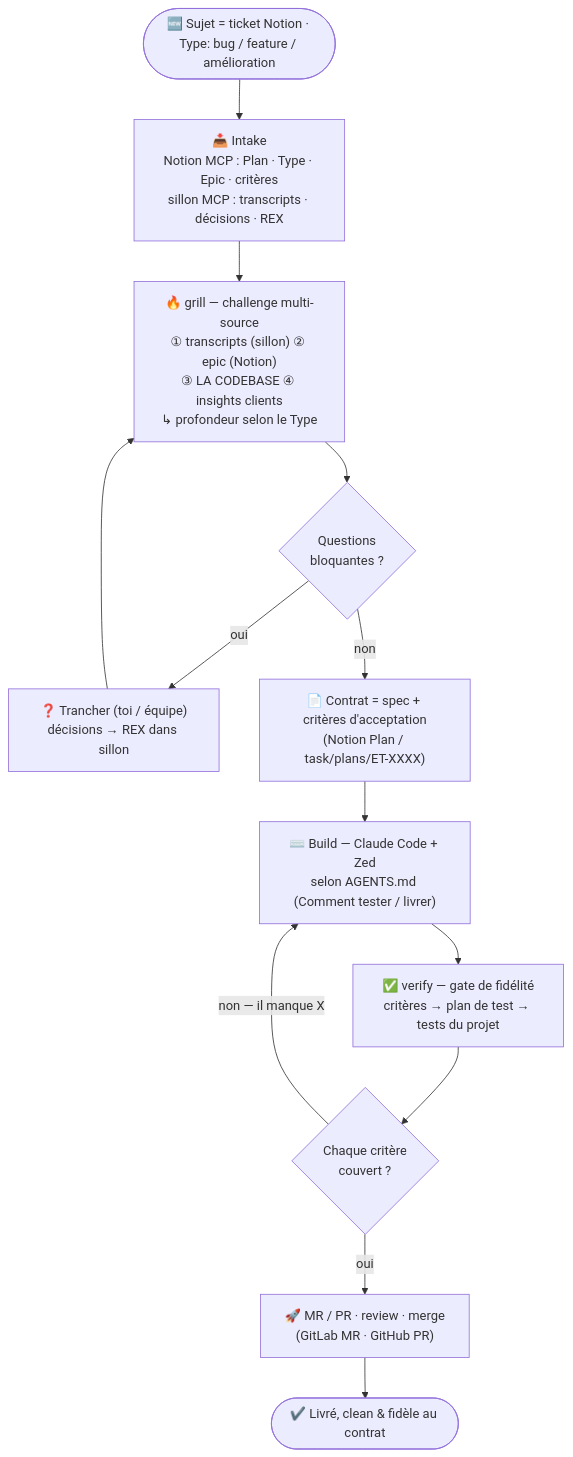
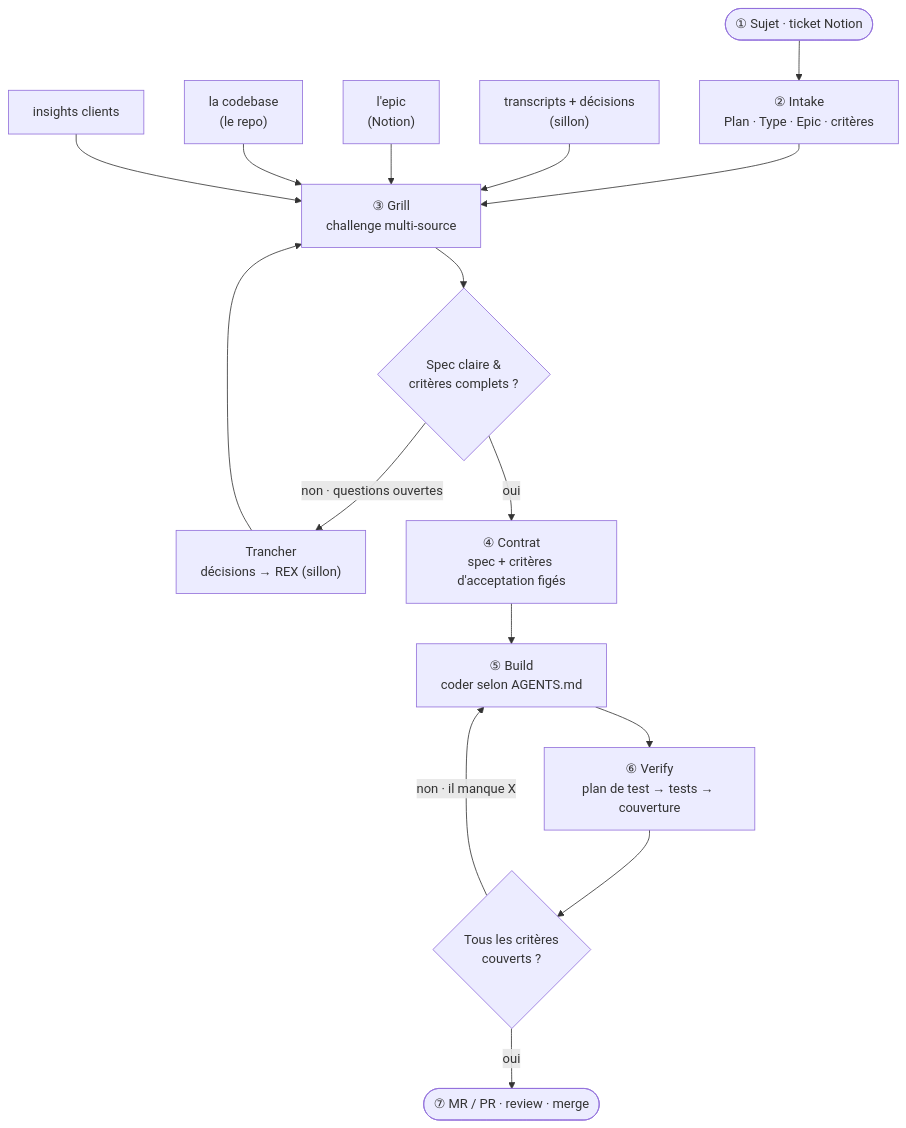
Before and after one commit to Skayfa/dotfiles: the diagram in WORKFLOW.md, drawn with Mermaid. The commit also changed other lines of this file, not shown here.

Commit message:
WORKFLOW.md: clearer & more precise (numbered steps, explicit 4 grill sources, per-step tool/IO table)

````diff
--- a/WORKFLOW.md
+++ b/WORKFLOW.md
@@ -6,19 +5,21 @@
 ```mermaid
 flowchart TD
-    T(["🆕 Sujet = ticket Notion · Type: bug / feature / amélioration"]) --> INTAKE
+    A(["① Sujet · ticket Notion"]) --> B["② Intake<br/>Plan · Type · Epic · critères"]
+    B --> C["③ Grill<br/>challenge multi-source"]
 
-    INTAKE["📥 Intake<br/>Notion MCP : Plan · Type · Epic · critères<br/>sillon MCP : transcripts · décisions · REX"] --> GRILL
+    S1["transcripts + décisions<br/>(sillon)"] --> C
+    S2["l'epic<br/>(Notion)"] --> C
+    S3["la codebase<br/>(le repo)"] --> C
+    S4["insights clients"] --> C
 
-    GRILL["🔥 grill — challenge multi-source<br/>① transcripts (sillon) ② epic (Notion)<br/>③ LA CODEBASE ④ insights clients<br/>↳ profondeur selon le Type"] --> Q{"Questions<br/>bloquantes ?"}
+    C --> D{"Spec claire &amp;<br/>critères complets ?"}
+    D -->|"non · questions ouvertes"| E["Trancher<br/>décisions → REX (sillon)"]
+    E --> C
+    D -->|"oui"| F["④ Contrat<br/>spec + critères d'acceptation figés"]
 
-    Q -->|"oui"| RESOLVE["❓ Trancher (toi / équipe)<br/>décisions → REX dans sillon"]
-    RESOLVE --> GRILL
-    Q -->|"non"| CONTRAT["📄 Contrat = spec + critères d'acceptation<br/>(Notion Plan / task/plans/ET-XXXX)"]
-
-    CONTRAT --> BUILD["⌨️ Build — Claude Code + Zed<br/>selon AGENTS.md (Comment tester / livrer)"]
-    BUILD --> VERIFY["✅ verify — gate de fidélité<br/>critères → plan de test → tests du projet"]
-    VERIFY --> GATE{"Chaque critère<br/>couvert ?"}
-    GATE -->|"non — il manque X"| BUILD
-    GATE -->|"oui"| SHIP["🚀 MR / PR · review · merge<br/>(GitLab MR · GitHub PR)"]
-    SHIP --> DONE(["✔️ Livré, clean & fidèle au contrat"])
+    F --> G["⑤ Build<br/>coder selon AGENTS.md"]
+    G --> H["⑥ Verify<br/>plan de test → tests → couverture"]
+    H --> I{"Tous les critères<br/>couverts ?"}
+    I -->|"non · il manque X"| G
+    I -->|"oui"| J(["⑦ MR / PR · review · merge"])
 ```
````
